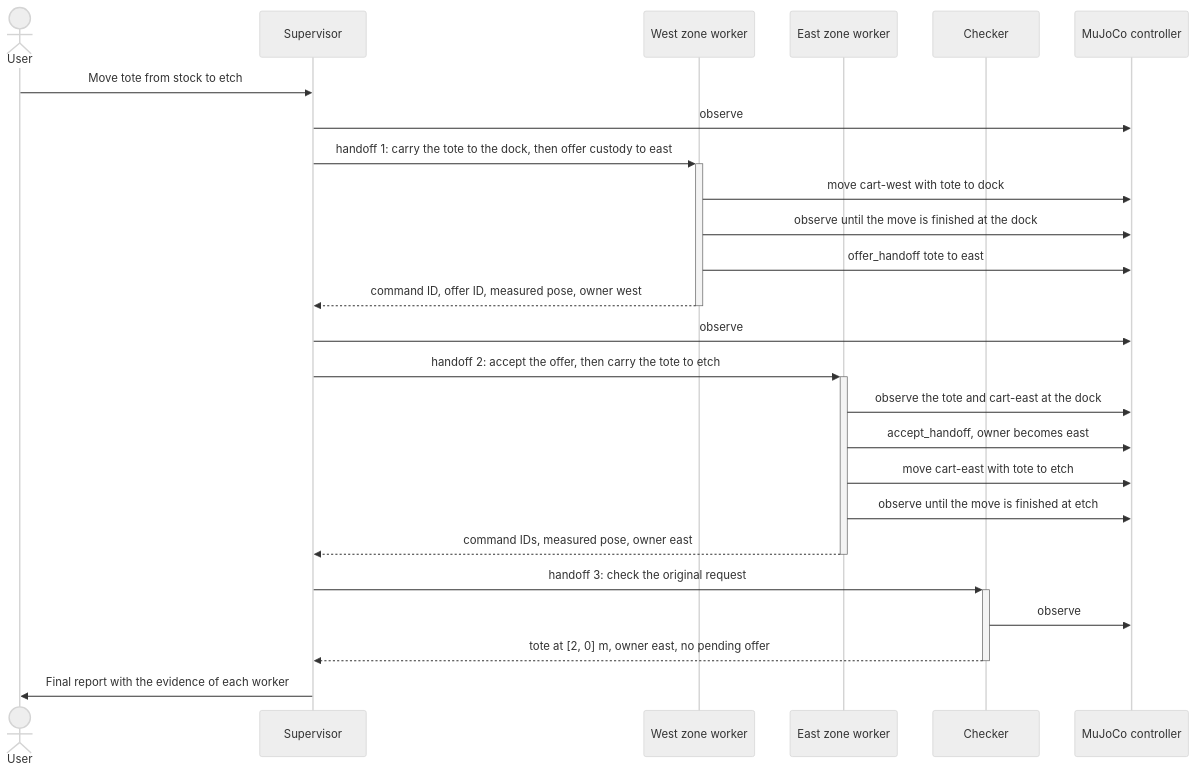
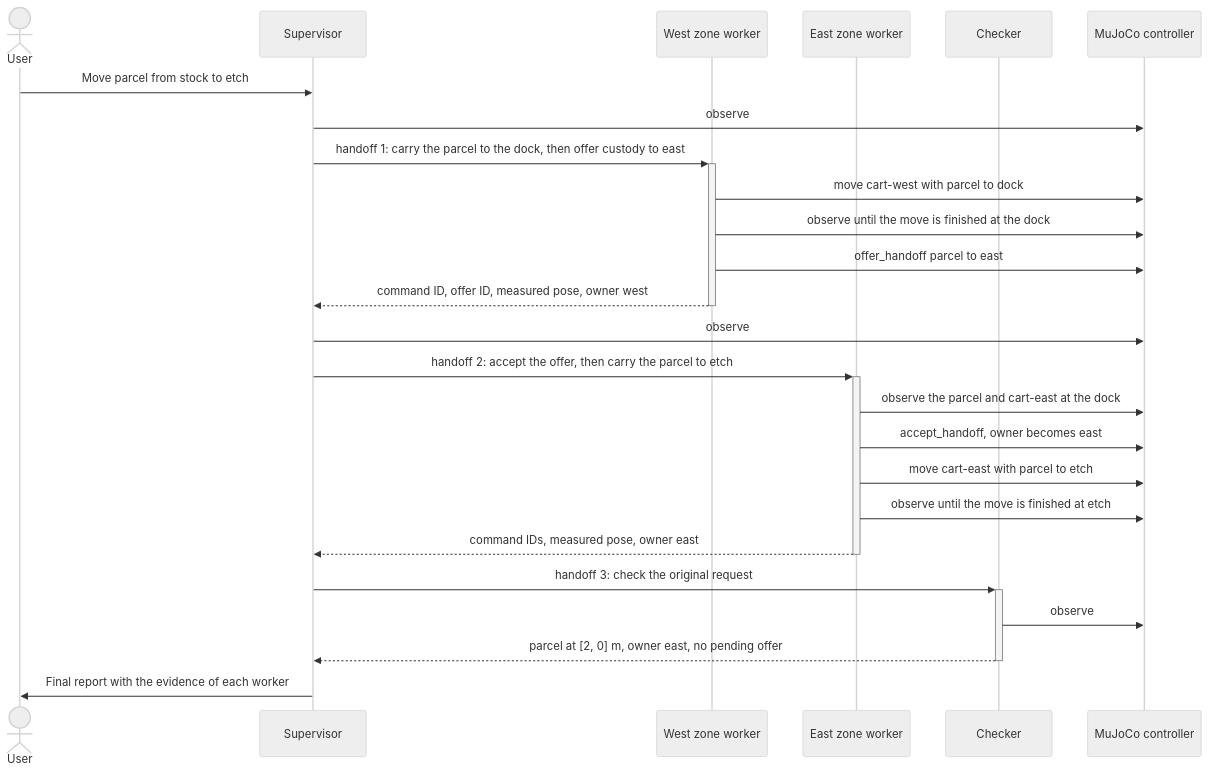
The third of 3 diagrams in examples/robotics/cross-zone-transport/README.md (awslabs/cli-agent-orchestrator), drawn with Mermaid (neutral theme) before and after one commit. The commit also changed other lines of this file and 12 other files, not shown here.

````diff
--- a/examples/robotics/cross-zone-transport/README.md
+++ b/examples/robotics/cross-zone-transport/README.md
@@ -289,28 +304,28 @@
 ```mermaid
 sequenceDiagram
     actor User
     participant S as Supervisor
     participant W as West zone worker
     participant E as East zone worker
     participant C as Checker
     participant M as MuJoCo controller
 
-    User->>S: Move tote from stock to etch
+    User->>S: Move parcel from stock to etch
     S->>M: observe
-    S->>+W: handoff 1: carry the tote to the dock, then offer custody to east
-    W->>M: move cart-west with tote to dock
+    S->>+W: handoff 1: carry the parcel to the dock, then offer custody to east
+    W->>M: move cart-west with parcel to dock
     W->>M: observe until the move is finished at the dock
-    W->>M: offer_handoff tote to east
+    W->>M: offer_handoff parcel to east
     W-->>-S: command ID, offer ID, measured pose, owner west
     S->>M: observe
-    S->>+E: handoff 2: accept the offer, then carry the tote to etch
-    E->>M: observe the tote and cart-east at the dock
+    S->>+E: handoff 2: accept the offer, then carry the parcel to etch
+    E->>M: observe the parcel and cart-east at the dock
     E->>M: accept_handoff, owner becomes east
-    E->>M: move cart-east with tote to etch
+    E->>M: move cart-east with parcel to etch
     E->>M: observe until the move is finished at etch
     E-->>-S: command IDs, measured pose, owner east
     S->>+C: handoff 3: check the original request
     C->>M: observe
-    C-->>-S: tote at [2, 0] m, owner east, no pending offer
+    C-->>-S: parcel at [2, 0] m, owner east, no pending offer
     S->>User: Final report with the evidence of each worker
 ```
````
